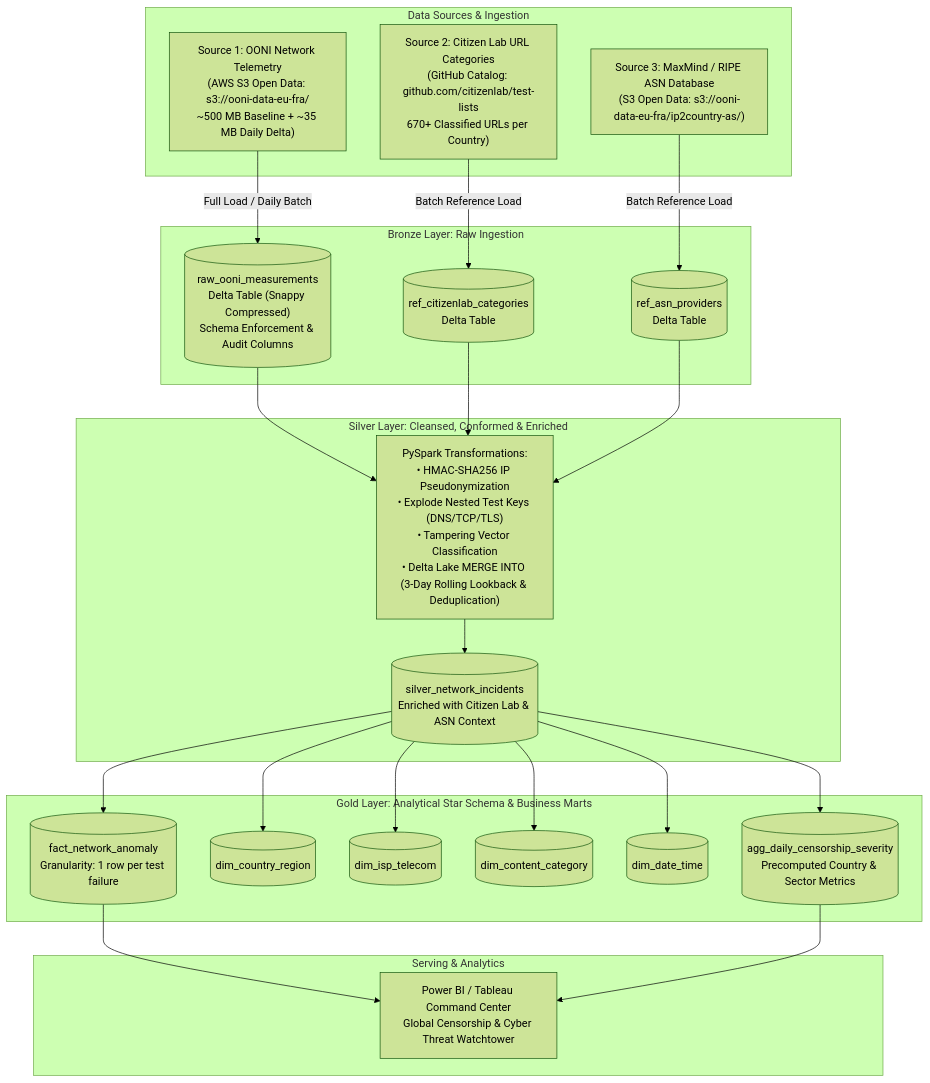
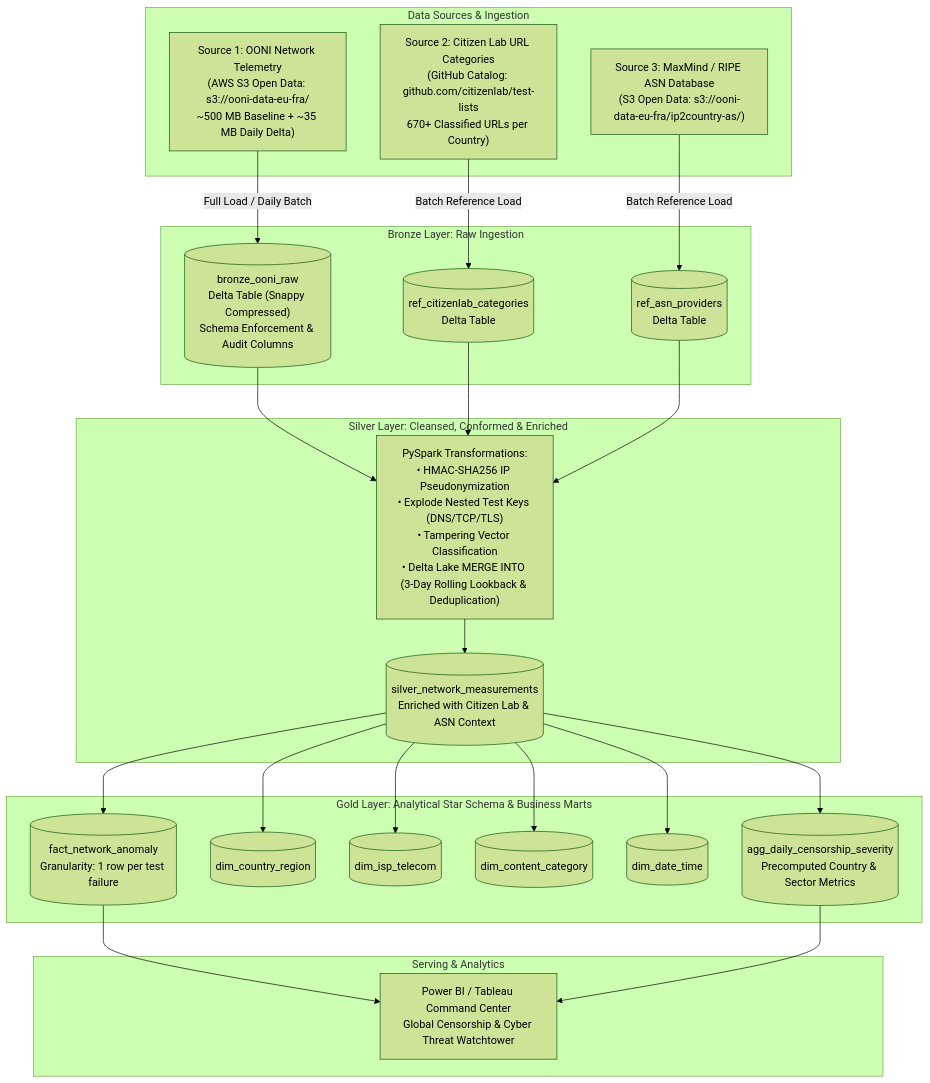
Before and after one commit to Muhammad-Ibrahim-001/Project-Panopticon: the first of 2 diagrams in Docs/Phase 1/phase1_proposal.md, drawn with Mermaid (forest theme). The commit also changed other lines of this file and 10 other files, not shown here.

First line of the commit message:
docs: synchronize lakehouse schemas, medallion terminology, and visual architecture diagrams

````diff
--- a/Docs/Phase 1/phase1_proposal.md
+++ b/Docs/Phase 1/phase1_proposal.md
@@ -28,51 +33,51 @@
 ```mermaid
 flowchart TB
     subgraph SOURCING ["Data Sources & Ingestion"]
         S1["Source 1: OONI Network Telemetry<br/>(AWS S3 Open Data: s3://ooni-data-eu-fra/<br/>~500 MB Baseline + ~35 MB Daily Delta)"]
         S2["Source 2: Citizen Lab URL Categories<br/>(GitHub Catalog: github.com/citizenlab/test-lists<br/>670+ Classified URLs per Country)"]
         S3["Source 3: MaxMind / RIPE ASN Database<br/>(S3 Open Data: s3://ooni-data-eu-fra/ip2country-as/)"]
     end
 
     subgraph BRONZE ["Bronze Layer: Raw Ingestion"]
-        B1[("raw_ooni_measurements<br/>Delta Table (Snappy Compressed)<br/>Schema Enforcement & Audit Columns")]
+        B1[("bronze_ooni_raw<br/>Delta Table (Snappy Compressed)<br/>Schema Enforcement & Audit Columns")]
         B2[("ref_citizenlab_categories<br/>Delta Table")]
         B3[("ref_asn_providers<br/>Delta Table")]
     end
 
     subgraph SILVER ["Silver Layer: Cleansed, Conformed & Enriched"]
         S_CLEAN["PySpark Transformations:<br/>• HMAC-SHA256 IP Pseudonymization<br/>• Explode Nested Test Keys (DNS/TCP/TLS)<br/>• Tampering Vector Classification<br/>• Delta Lake MERGE INTO (3-Day Rolling Lookback & Deduplication)"]
-        S_TABLES[("silver_network_incidents<br/>Enriched with Citizen Lab & ASN Context")]
+        S_TABLES[("silver_network_measurements<br/>Enriched with Citizen Lab & ASN Context")]
     end
 
     subgraph GOLD ["Gold Layer: Analytical Star Schema & Business Marts"]
         G_FACT[("fact_network_anomaly<br/>Granularity: 1 row per test failure")]
         G_DIM1[("dim_country_region")]
         G_DIM2[("dim_isp_telecom")]
         G_DIM3[("dim_content_category")]
         G_DIM4[("dim_date_time")]
         G_AGG[("agg_daily_censorship_severity<br/>Precomputed Country & Sector Metrics")]
     end
 
     subgraph SERVING ["Serving & Analytics"]
         DASH["Power BI / Tableau Command Center<br/>Global Censorship & Cyber Threat Watchtower"]
     end
 
     S1 -->|Full Load / Daily Batch| B1
     S2 -->|Batch Reference Load| B2
     S3 -->|Batch Reference Load| B3
 
     B1 --> S_CLEAN
     B2 --> S_CLEAN
     B3 --> S_CLEAN
     S_CLEAN --> S_TABLES
 
     S_TABLES --> G_FACT
     S_TABLES --> G_DIM1
     S_TABLES --> G_DIM2
     S_TABLES --> G_DIM3
     S_TABLES --> G_DIM4
     S_TABLES --> G_AGG
 
     G_FACT --> DASH
     G_AGG --> DASH
 ```
````
